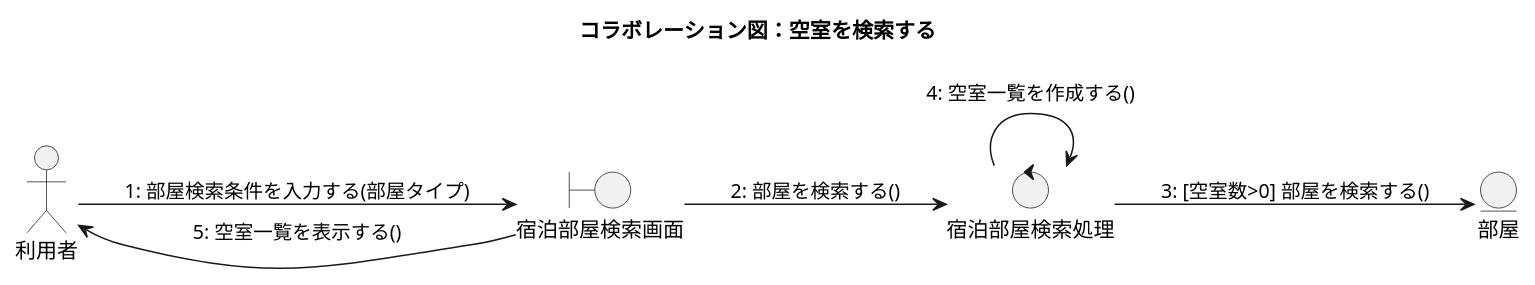
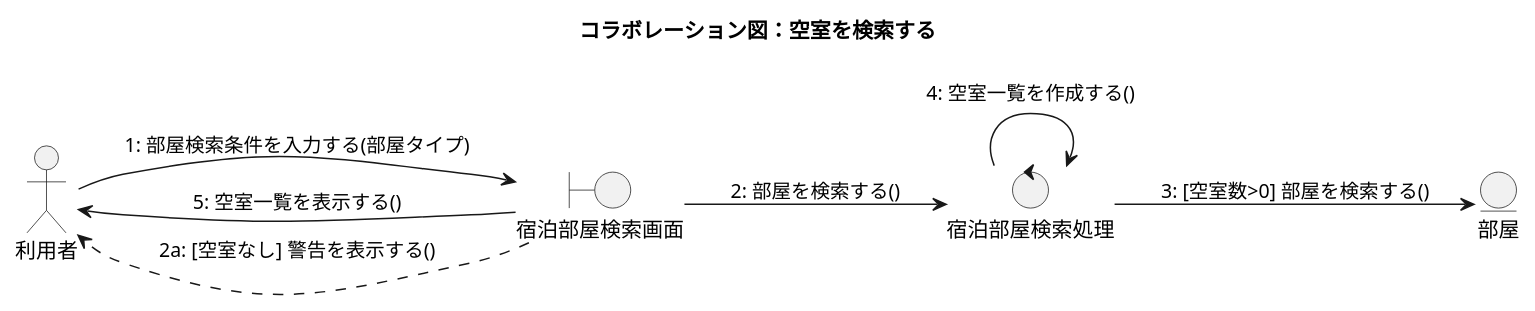
One commit to rancid0025/hotelreserve changed the diagram in hotel-reservation-system/6f_コラボレーション図_空室検索.puml. Above: the diagram before and after it, drawn with PlantUML.

Commit message:
Update collaboration diagram for room search process

```diff
--- a/hotel-reservation-system/6f_コラボレーション図_空室検索.puml
+++ b/hotel-reservation-system/6f_コラボレーション図_空室検索.puml
@@ -1,20 +1,20 @@
 @startuml HRS_コラボレーション図_空室検索
 
 left to right direction
 skinparam shadowing false
 title コラボレーション図：空室を検索する
 
 actor "利用者" as U
 boundary "宿泊部屋検索画面" as B
 control "宿泊部屋検索処理" as C
 entity "部屋" as RM
 
 U  --> B  : 1: 部屋検索条件を入力する(部屋タイプ)
 B  --> C  : 2: 部屋を検索する()
 C  --> RM : 3: [空室数>0] 部屋を検索する()
 C  --> C  : 4: 空室一覧を作成する()
 B  --> U  : 5: 空室一覧を表示する()
-' 代替系列
-' 5a: [空室なし] 警告を表示する()
+
+B  ..> U  : 2a: [空室なし] 警告を表示する()
 
 @enduml
```
